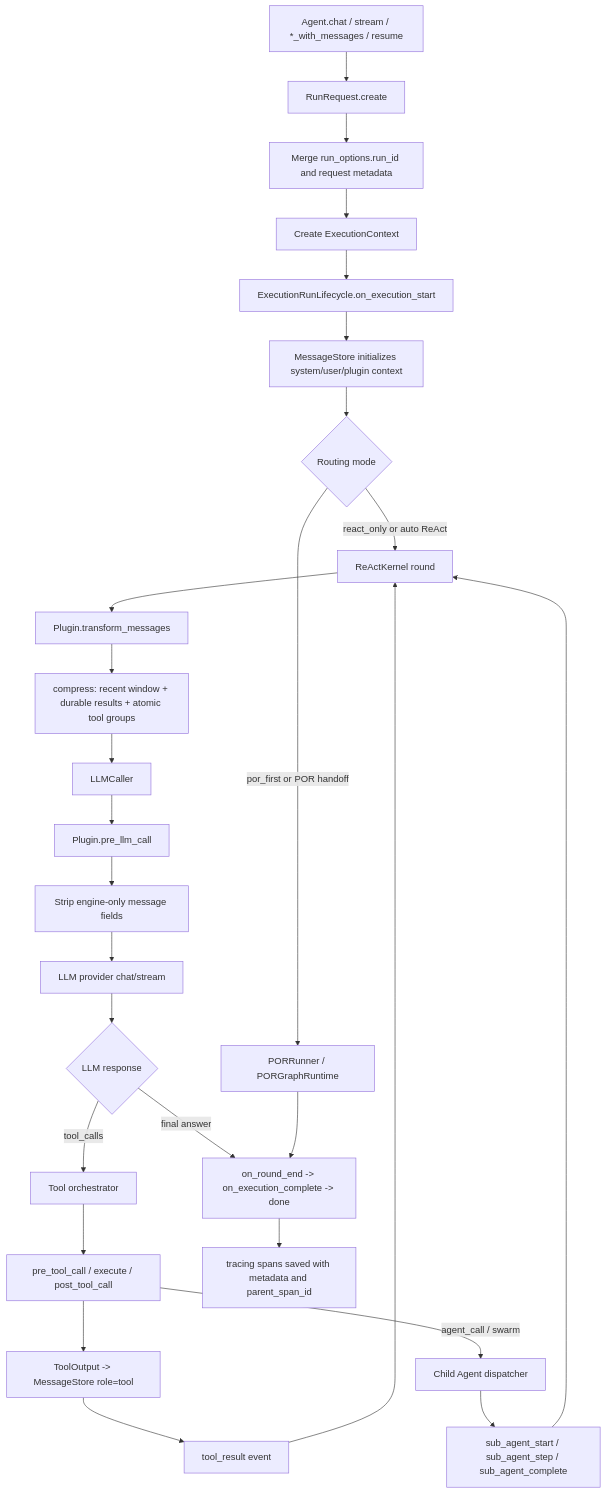
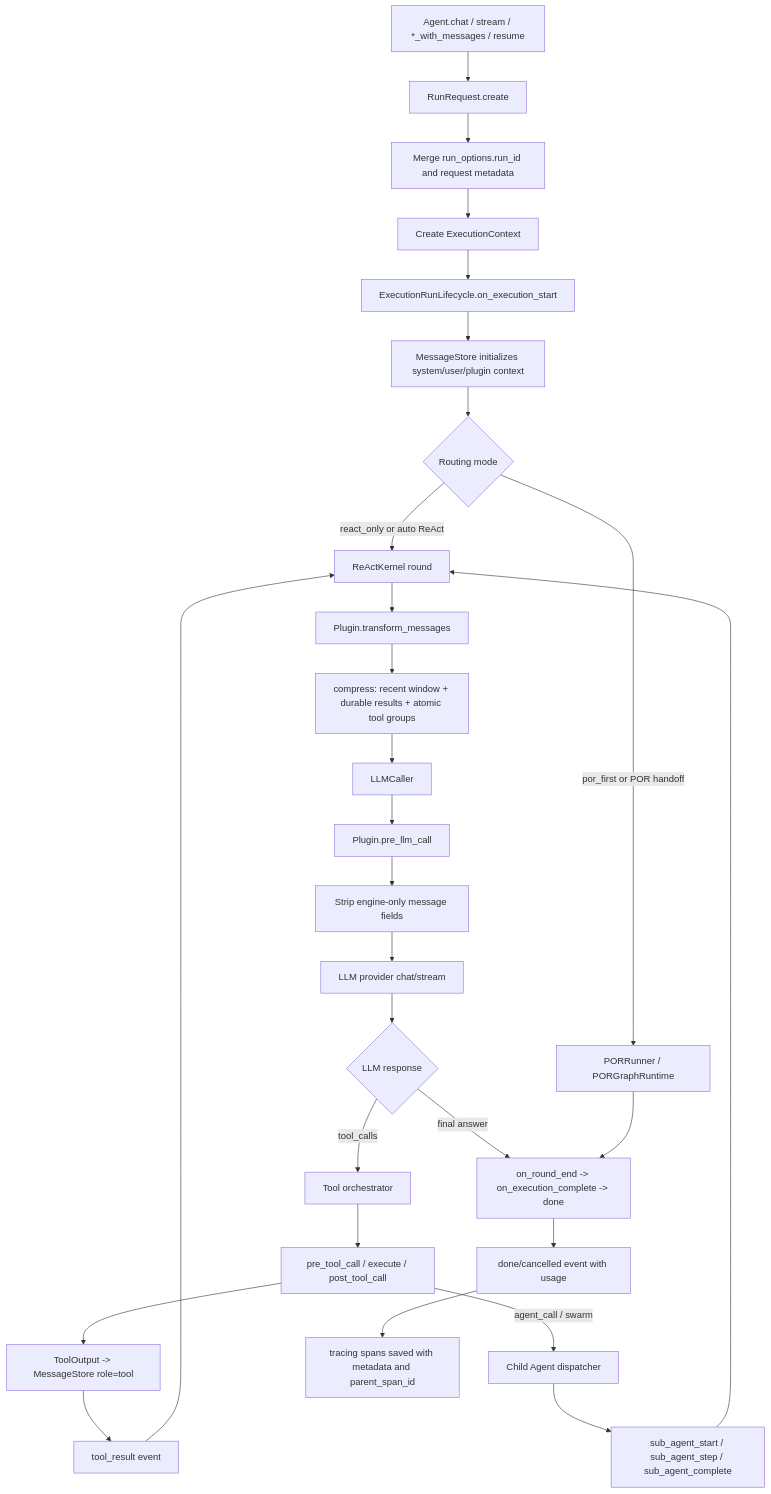
Before and after one commit to axclogo/AxcAgentEngine: the second of 2 diagrams in README.md, drawn with Mermaid. The commit also changed other lines of this file and 5 other files, not shown here.

````diff
--- a/README.md
+++ b/README.md
@@ -389,29 +445,30 @@
 ```mermaid
 flowchart TD
     A["Agent.chat / stream / *_with_messages / resume"] --> B["RunRequest.create"]
     B --> C["Merge run_options.run_id and request metadata"]
     C --> D["Create ExecutionContext"]
     D --> E["ExecutionRunLifecycle.on_execution_start"]
     E --> F["MessageStore initializes system/user/plugin context"]
     F --> G{"Routing mode"}
     G -->|react_only or auto ReAct| H["ReActKernel round"]
     G -->|por_first or POR handoff| I["PORRunner / PORGraphRuntime"]
     H --> J["Plugin.transform_messages"]
     J --> K["compress: recent window + durable results + atomic tool groups"]
     K --> L["LLMCaller"]
     L --> M["Plugin.pre_llm_call"]
     M --> N["Strip engine-only message fields"]
     N --> O["LLM provider chat/stream"]
     O --> P{"LLM response"}
     P -->|final answer| Q["on_round_end -> on_execution_complete -> done"]
     P -->|tool_calls| R["Tool orchestrator"]
     R --> S["pre_tool_call / execute / post_tool_call"]
     S --> T["ToolOutput -> MessageStore role=tool"]
     T --> U["tool_result event"]
     U --> H
     S -->|agent_call / swarm| V["Child Agent dispatcher"]
     V --> W["sub_agent_start / sub_agent_step / sub_agent_complete"]
     W --> H
     I --> Q
-    Q --> X["tracing spans saved with metadata and parent_span_id"]
+    Q --> X["done/cancelled event with usage"]
+    X --> Y["tracing spans saved with metadata and parent_span_id"]
 ```
````
